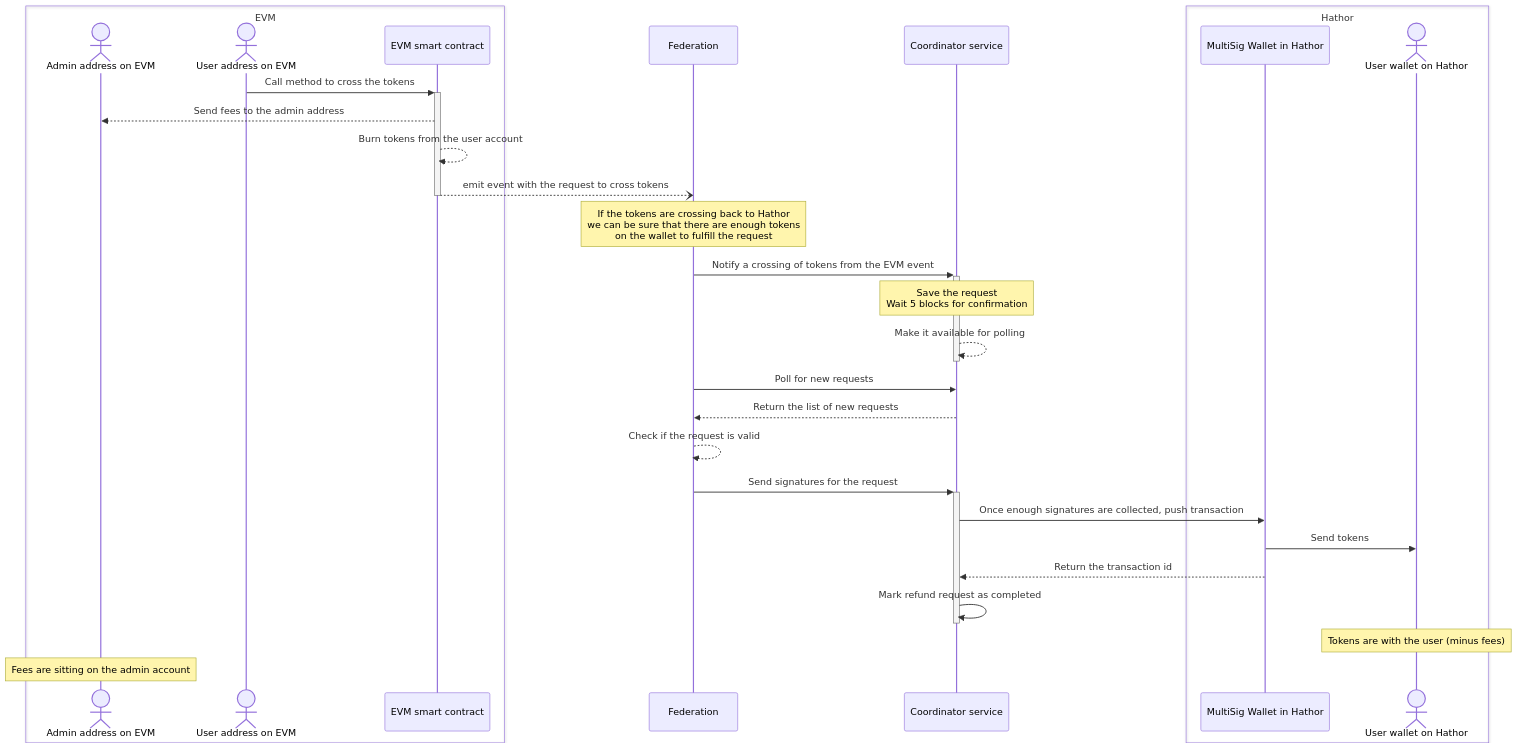
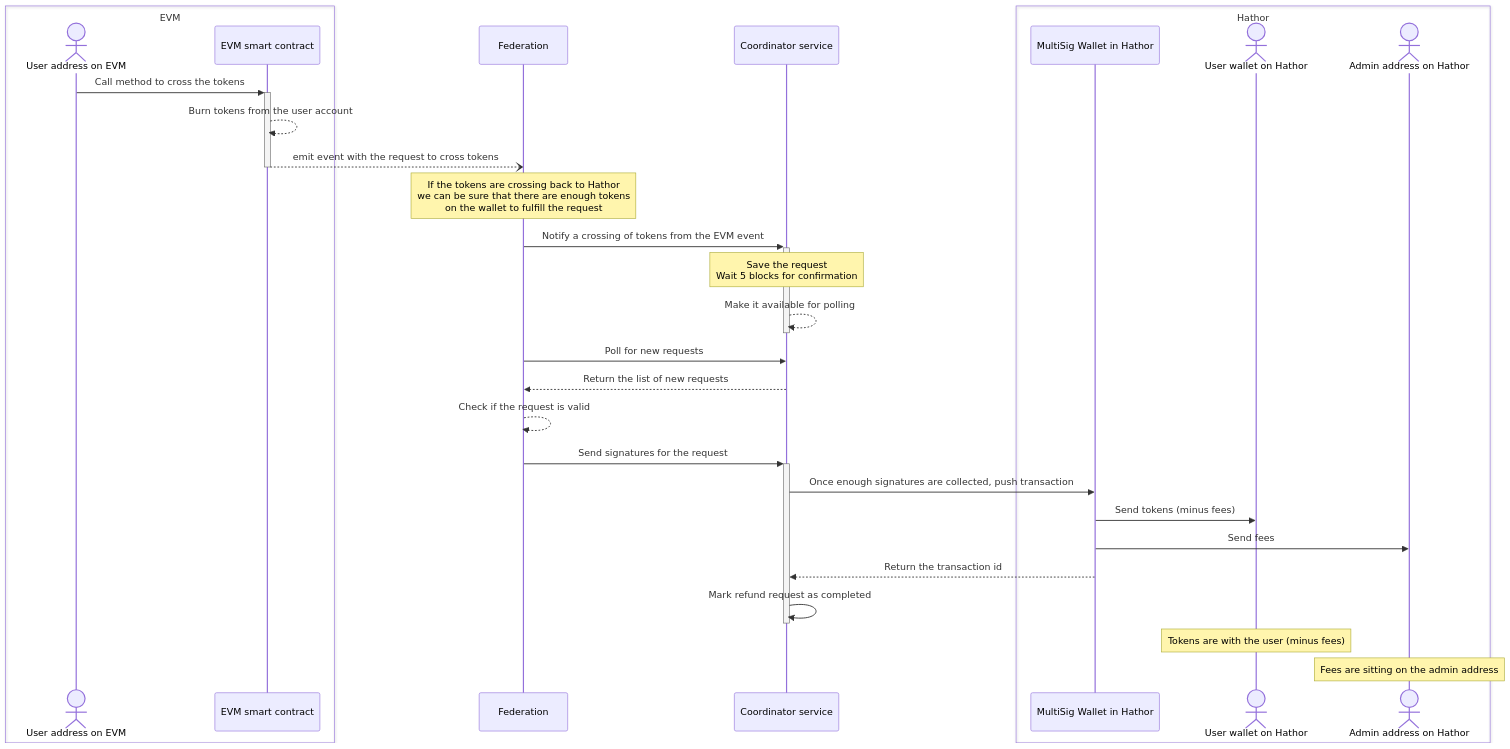
Before and after one commit to HathorNetwork/rfcs: the third of 5 diagrams in projects/evm-compatible-bridge/design.md, drawn with Mermaid. The commit also changed other lines of this file and 1 other file, not shown here.

````diff
--- a/projects/evm-compatible-bridge/design.md
+++ b/projects/evm-compatible-bridge/design.md
@@ -128,34 +128,34 @@
 ```mermaid
 sequenceDiagram
   box EVM
-  actor admin as Admin address on EVM
   actor userE as User address on EVM
   participant evm as EVM smart contract
   end
   participant fed as Federation
   participant cood as Coordinator service
   box Hathor
   participant ms as MultiSig Wallet in Hathor
   actor userH as User wallet on Hathor
+  actor admin as Admin address on Hathor
   end
 
   userE->>+evm: Call method to cross the tokens
-  evm-->>admin: Send fees to the admin address
   evm-->>evm: Burn tokens from the user account
   evm--)-fed: emit event with the request to cross tokens
   Note over fed: If the tokens are crossing back to Hathor<br/>we can be sure that there are enough tokens<br/>on the wallet to fulfill the request
   fed->>+cood: Notify a crossing of tokens from the EVM event
   Note over cood: Save the request<br/>Wait 5 blocks for confirmation
   cood-->>-cood: Make it available for polling
 
   fed->>cood: Poll for new requests
   cood-->>fed: Return the list of new requests
   fed-->>fed: Check if the request is valid
   fed->>+cood: Send signatures for the request
   cood->>ms: Once enough signatures are collected, push transaction
-  ms->>userH: Send tokens
+  ms->>userH: Send tokens (minus fees)
+  ms->>admin: Send fees
   ms-->>cood: Return the transaction id
   cood->>-cood: Mark refund request as completed
   Note over userH: Tokens are with the user (minus fees)
-  Note over admin: Fees are sitting on the admin account
+  Note over admin: Fees are sitting on the admin address
 ```
````
